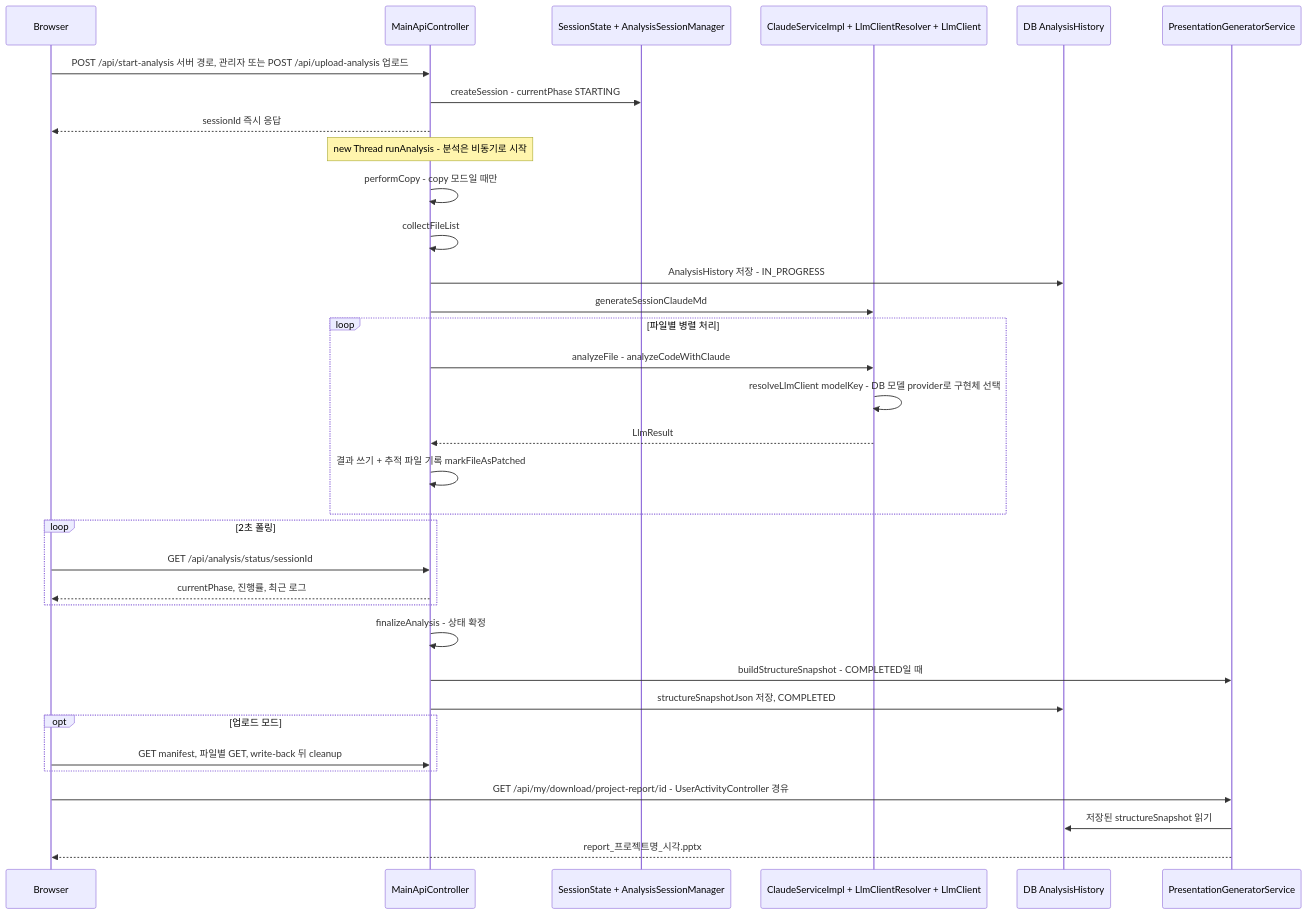
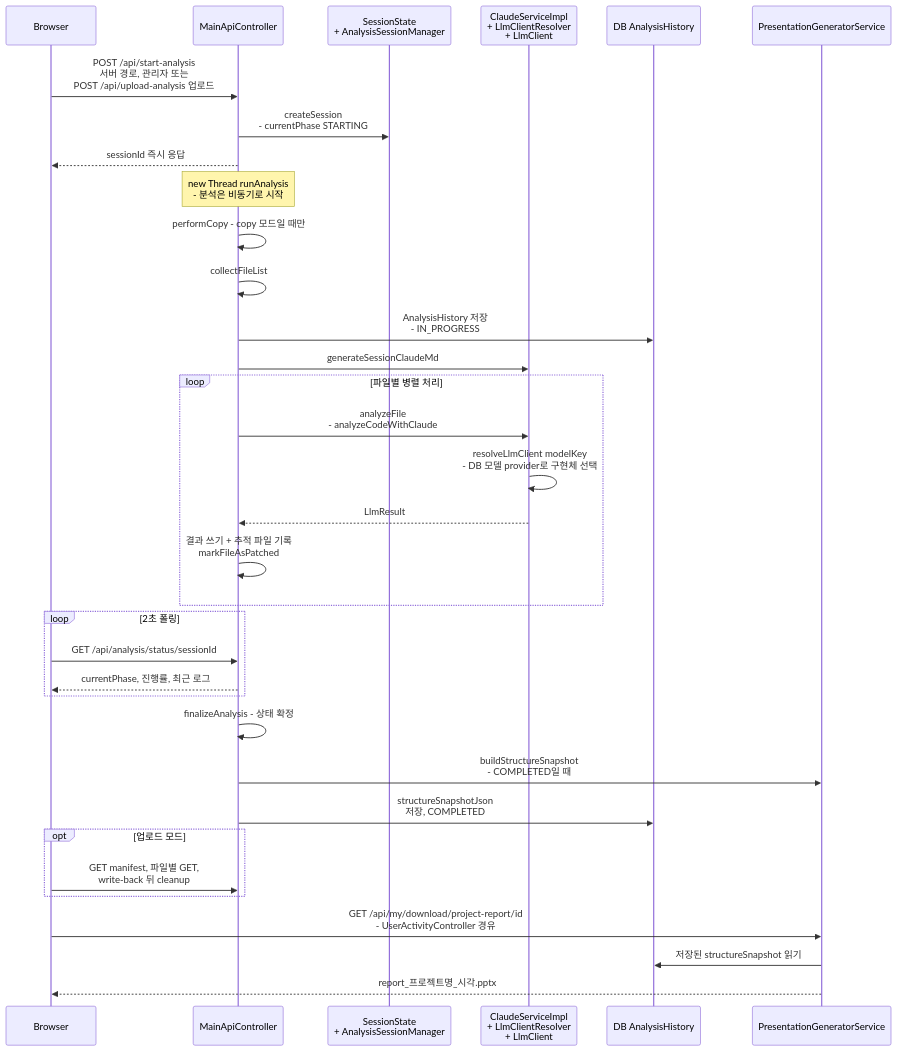
One commit to it1657/legacy-analyzer changed the first of 2 diagrams in docs/README.md. Above: the diagram before and after it, drawn with Mermaid. The commit also changed other lines of this file, not shown here.

Commit message:
[2026-09-diagram-readability] REQ-001/002 mermaid 다이어그램 2종 가독성 개선(줄바꿈/라벨 축약/note) — 근거: 04-work-order-v4, 시작 커밋: d634dacf23db1993d1d65a3a47596a217e51a7ef

````diff
--- a/docs/README.md
+++ b/docs/README.md
@@ -40,36 +40,36 @@
 ```mermaid
 sequenceDiagram
     participant B as Browser
     participant C as MainApiController
-    participant S as SessionState + AnalysisSessionManager
-    participant L as ClaudeServiceImpl + LlmClientResolver + LlmClient
+    participant S as SessionState<br/>+ AnalysisSessionManager
+    participant L as ClaudeServiceImpl<br/>+ LlmClientResolver<br/>+ LlmClient
     participant D as DB AnalysisHistory
     participant P as PresentationGeneratorService
-    B->>C: POST /api/start-analysis 서버 경로, 관리자 또는 POST /api/upload-analysis 업로드
-    C->>S: createSession - currentPhase STARTING
+    B->>C: POST /api/start-analysis<br/>서버 경로, 관리자 또는<br/>POST /api/upload-analysis 업로드
+    C->>S: createSession<br/>- currentPhase STARTING
     C-->>B: sessionId 즉시 응답
-    Note over C: new Thread runAnalysis - 분석은 비동기로 시작
+    Note over C: new Thread runAnalysis<br/>- 분석은 비동기로 시작
     C->>C: performCopy - copy 모드일 때만
     C->>C: collectFileList
-    C->>D: AnalysisHistory 저장 - IN_PROGRESS
+    C->>D: AnalysisHistory 저장<br/>- IN_PROGRESS
     C->>L: generateSessionClaudeMd
     loop 파일별 병렬 처리
-        C->>L: analyzeFile - analyzeCodeWithClaude
-        L->>L: resolveLlmClient modelKey - DB 모델 provider로 구현체 선택
+        C->>L: analyzeFile<br/>- analyzeCodeWithClaude
+        L->>L: resolveLlmClient modelKey<br/>- DB 모델 provider로 구현체 선택
         L-->>C: LlmResult
-        C->>C: 결과 쓰기 + 추적 파일 기록 markFileAsPatched
+        C->>C: 결과 쓰기 + 추적 파일 기록<br/>markFileAsPatched
     end
     loop 2초 폴링
         B->>C: GET /api/analysis/status/sessionId
         C-->>B: currentPhase, 진행률, 최근 로그
     end
     C->>C: finalizeAnalysis - 상태 확정
-    C->>P: buildStructureSnapshot - COMPLETED일 때
-    C->>D: structureSnapshotJson 저장, COMPLETED
+    C->>P: buildStructureSnapshot<br/>- COMPLETED일 때
+    C->>D: structureSnapshotJson<br/>저장, COMPLETED
     opt 업로드 모드
-        B->>C: GET manifest, 파일별 GET, write-back 뒤 cleanup
+        B->>C: GET manifest, 파일별 GET,<br/>write-back 뒤 cleanup
     end
-    B->>P: GET /api/my/download/project-report/id - UserActivityController 경유
+    B->>P: GET /api/my/download/project-report/id<br/>- UserActivityController 경유
     P->>D: 저장된 structureSnapshot 읽기
     P-->>B: report_프로젝트명_시각.pptx
 ```
````
